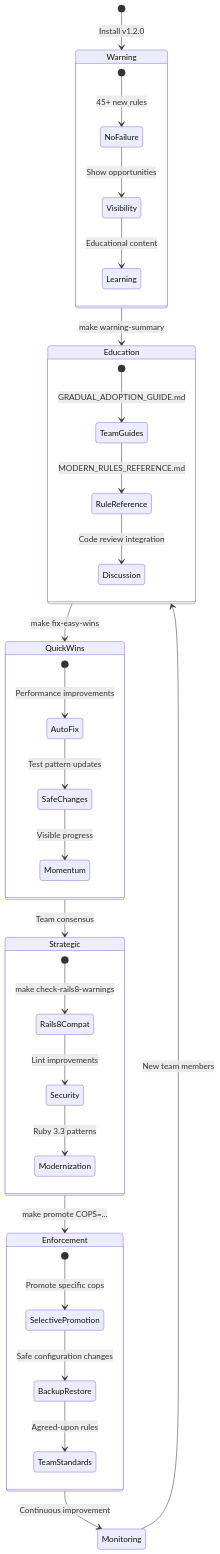
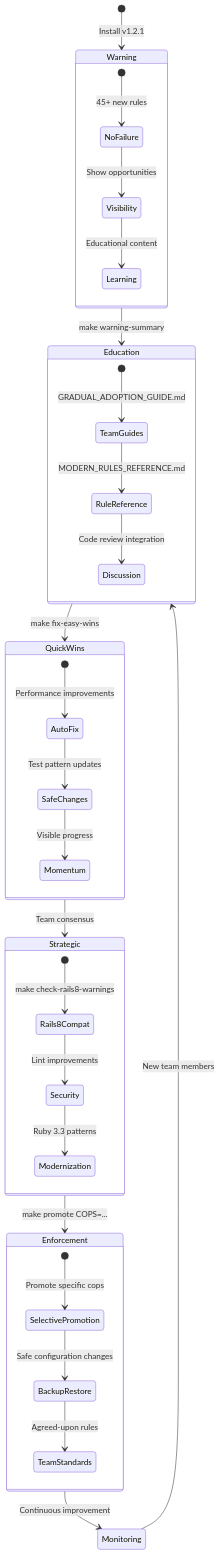
The third of 23 diagrams in ARCHITECTURE.md (hammadxcm/rubocop-hk), drawn with Mermaid before and after one commit. The commit also changed other lines of this file and 8 other files, not shown here.

````diff
--- a/ARCHITECTURE.md
+++ b/ARCHITECTURE.md
@@ -103,40 +103,40 @@
 ```mermaid
 stateDiagram-v2
-    [*] --> Warning: Install v1.2.0
+    [*] --> Warning: Install v1.2.1
     Warning --> Education: make warning-summary
     Education --> QuickWins: make fix-easy-wins
     QuickWins --> Strategic: Team consensus
     Strategic --> Enforcement: make promote COPS=...
     Enforcement --> Monitoring: Continuous improvement
     Monitoring --> Education: New team members
     
     state Warning {
         [*] --> NoFailure: 45+ new rules
         NoFailure --> Visibility: Show opportunities
         Visibility --> Learning: Educational content
     }
     
     state Education {
         [*] --> TeamGuides: GRADUAL_ADOPTION_GUIDE.md
         TeamGuides --> RuleReference: MODERN_RULES_REFERENCE.md
         RuleReference --> Discussion: Code review integration
     }
     
     state QuickWins {
         [*] --> AutoFix: Performance improvements
         AutoFix --> SafeChanges: Test pattern updates
         SafeChanges --> Momentum: Visible progress
     }
     
     state Strategic {
         [*] --> Rails8Compat: make check-rails8-warnings
         Rails8Compat --> Security: Lint improvements
         Security --> Modernization: Ruby 3.3 patterns
     }
     
     state Enforcement {
         [*] --> SelectivePromotion: Promote specific cops
         SelectivePromotion --> BackupRestore: Safe configuration changes
         BackupRestore --> TeamStandards: Agreed-upon rules
     }
 ```
````
